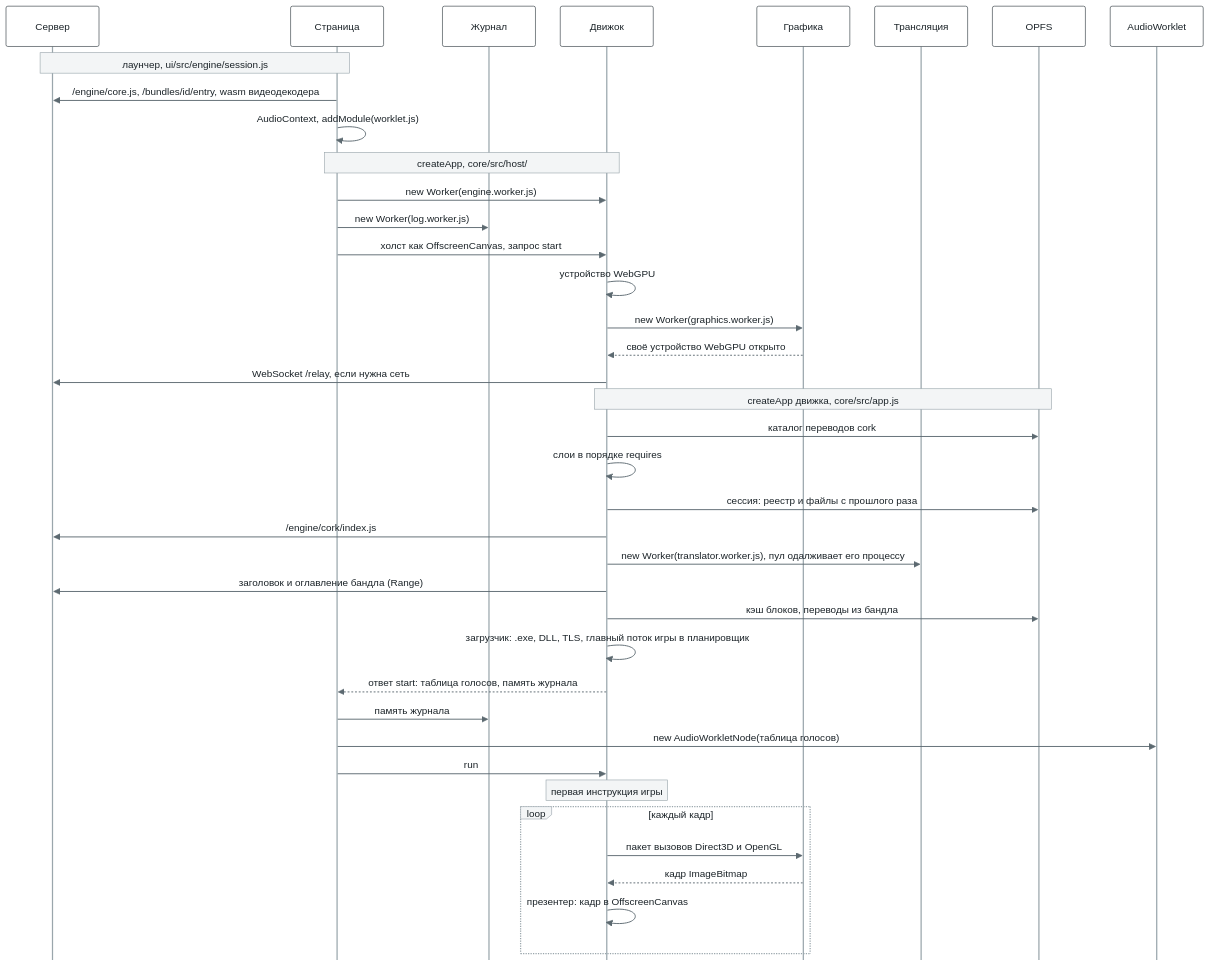
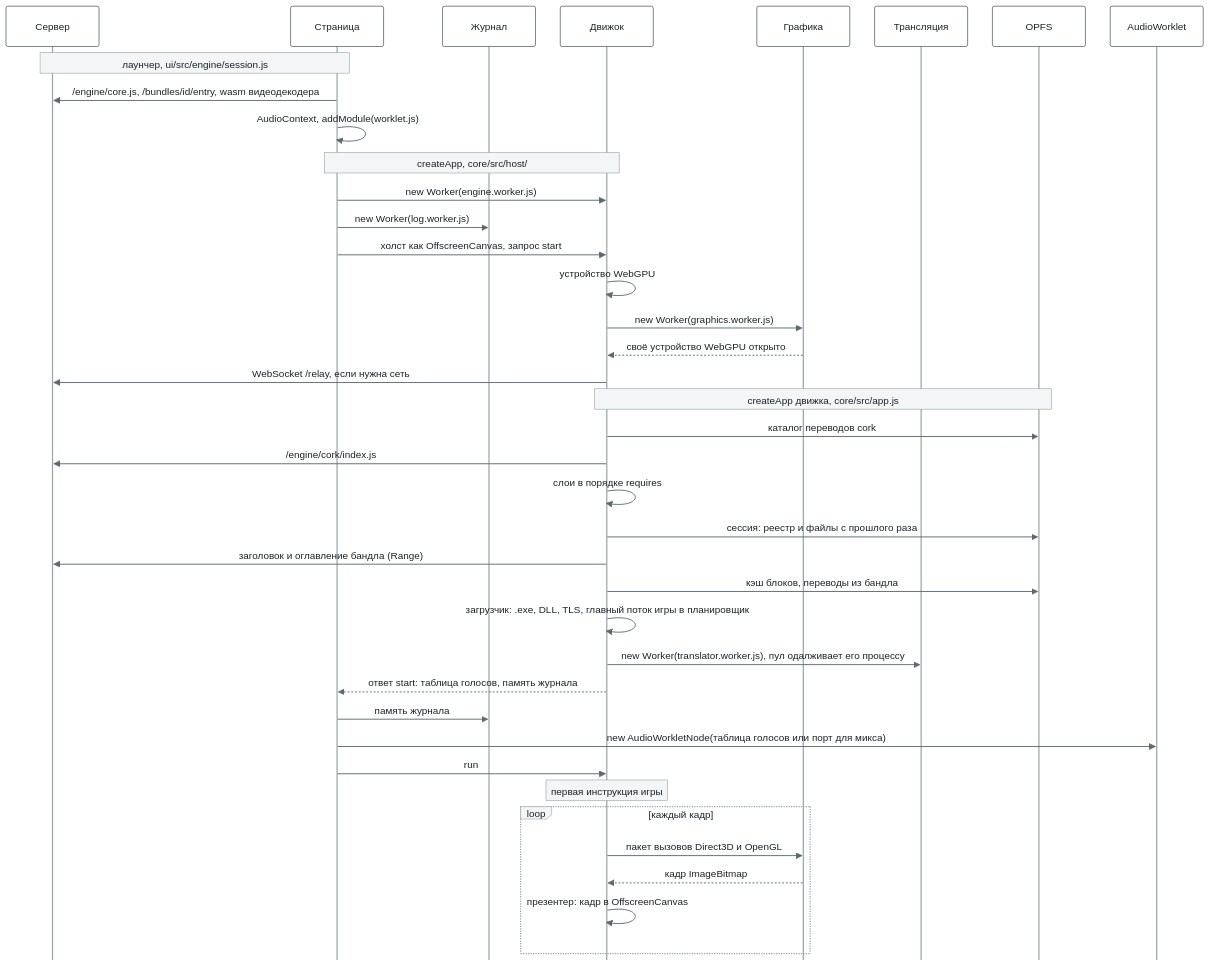
The third of 10 diagrams in docs/architecture.ru.md (bottlify/bottlify), drawn with Mermaid before and after one commit. The commit also changed other lines of this file and 5 other files, not shown here.

````diff
--- a/docs/architecture.ru.md
+++ b/docs/architecture.ru.md
@@ -231,42 +258,42 @@
 ```mermaid
 %%{init: {"theme": "base", "sequence": {"mirrorActors": false, "messageMargin": 24, "noteMargin": 8, "actorMargin": 40}, "themeVariables": {"fontFamily": "Inter, Segoe UI, Helvetica, Arial, sans-serif", "fontSize": "13px", "actorBkg": "#FFFFFF", "actorBorder": "#2F3A40", "actorTextColor": "#1B2328", "actorLineColor": "#9AA6AC", "signalColor": "#5C6970", "signalTextColor": "#1B2328", "noteBkgColor": "#F3F5F6", "noteBorderColor": "#9AA6AC", "noteTextColor": "#1B2328", "labelBoxBkgColor": "#F3F5F6", "labelBoxBorderColor": "#9AA6AC", "labelTextColor": "#1B2328", "loopTextColor": "#1B2328"}}}%%
 sequenceDiagram
   participant S as Сервер
   participant P as Страница
   participant K as Журнал
   participant E as Движок
   participant G as Графика
   participant T as Трансляция
   participant O as OPFS
   participant A as AudioWorklet
   Note over S,P: лаунчер, ui/src/engine/session.js
   P->>S: /engine/core.js, /bundles/id/entry, wasm видеодекодера
   P->>P: AudioContext, addModule(worklet.js)
   Note over P,E: createApp, core/src/host/
   P->>E: new Worker(engine.worker.js)
   P->>K: new Worker(log.worker.js)
   P->>E: холст как OffscreenCanvas, запрос start
   E->>E: устройство WebGPU
   E->>G: new Worker(graphics.worker.js)
   G-->>E: своё устройство WebGPU открыто
   E->>S: WebSocket /relay, если нужна сеть
   Note over E,O: createApp движка, core/src/app.js
   E->>O: каталог переводов cork
+  E->>S: /engine/cork/index.js
   E->>E: слои в порядке requires
   E->>O: сессия: реестр и файлы с прошлого раза
-  E->>S: /engine/cork/index.js
-  E->>T: new Worker(translator.worker.js), пул одалживает его процессу
   E->>S: заголовок и оглавление бандла (Range)
   E->>O: кэш блоков, переводы из бандла
   E->>E: загрузчик: .exe, DLL, TLS, главный поток игры в планировщик
+  E->>T: new Worker(translator.worker.js), пул одалживает его процессу
   E-->>P: ответ start: таблица голосов, память журнала
   P->>K: память журнала
-  P->>A: new AudioWorkletNode(таблица голосов)
+  P->>A: new AudioWorkletNode(таблица голосов или порт для микса)
   P->>E: run
   Note over E: первая инструкция игры
   loop каждый кадр
     E->>G: пакет вызовов Direct3D и OpenGL
     G-->>E: кадр ImageBitmap
     E->>E: презентер: кадр в OffscreenCanvas
   end
 ```
````
